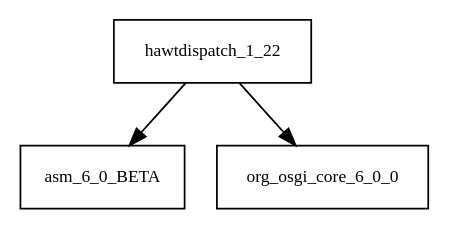
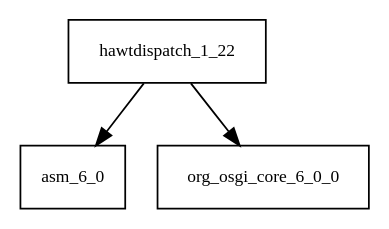
The diagram in tattleTaleReport/graphviz/hawtdispatch-1.22.jar/hawtdispatch-1.22.jar.dot (AglaianWoman/cia), drawn with Graphviz before and after one commit. The commit also changed 3333 other files, not shown here.

```diff
--- a/tattleTaleReport/graphviz/hawtdispatch-1.22.jar/hawtdispatch-1.22.jar.dot
+++ b/tattleTaleReport/graphviz/hawtdispatch-1.22.jar/hawtdispatch-1.22.jar.dot
@@ -1,5 +1,5 @@
 digraph hawtdispatch_1_22_dependencies {
   node [shape = box, fontsize=10.0];
-  hawtdispatch_1_22 -> asm_6_0_BETA;
+  hawtdispatch_1_22 -> asm_6_0;
   hawtdispatch_1_22 -> org_osgi_core_6_0_0;
 }
```
